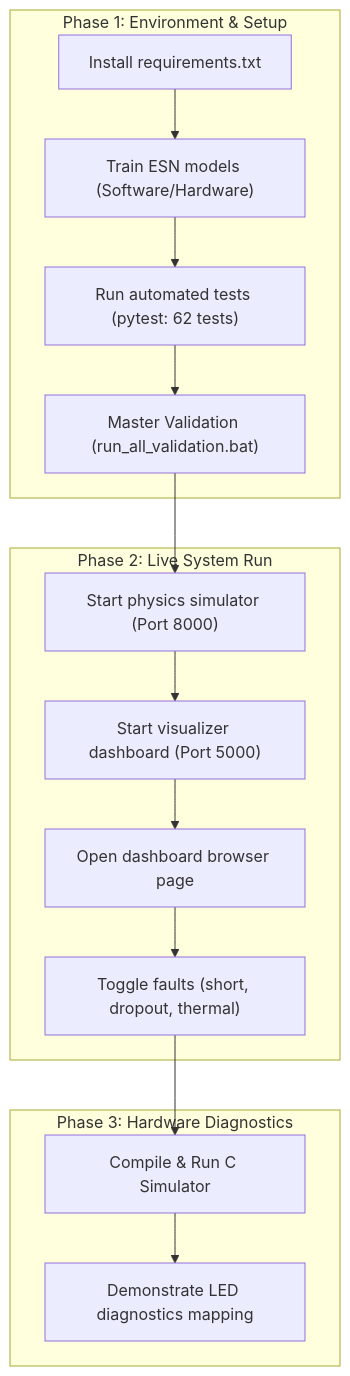
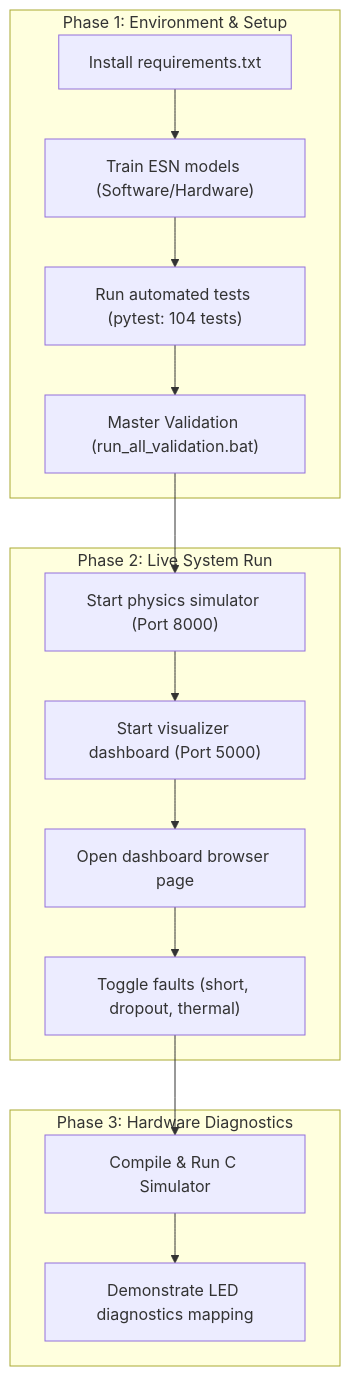
Before and after one commit to tanish-jain-225/Battery_State_Estimator_BE_Project_2026_2027: the diagram in docs/Resources/DEMO_CHECKLIST.md, drawn with Mermaid. The commit also changed other lines of this file and 58 other files, not shown here.

````diff
--- a/docs/Resources/DEMO_CHECKLIST.md
+++ b/docs/Resources/DEMO_CHECKLIST.md
@@ -15,31 +15,31 @@
 ```mermaid
 flowchart TD
     subgraph Phase 1: Environment & Setup
         Setup_1["Install requirements.txt"]
         Setup_2["Train ESN models (Software/Hardware)"]
-        Setup_3["Run automated tests (pytest: 62 tests)"]
+        Setup_3["Run automated tests (pytest: 104 tests)"]
         Setup_4["Master Validation (run_all_validation.bat)"]
         Setup_1 --> Setup_2
         Setup_2 --> Setup_3
         Setup_3 --> Setup_4
     end
 
     subgraph Phase 2: Live System Run
         Run_1["Start physics simulator (Port 8000)"]
         Run_2["Start visualizer dashboard (Port 5000)"]
         Run_3["Open dashboard browser page"]
         Run_4["Toggle faults (short, dropout, thermal)"]
         Run_1 --> Run_2
         Run_2 --> Run_3
         Run_3 --> Run_4
     end
 
     subgraph Phase 3: Hardware Diagnostics
         HW_1["Compile & Run C Simulator"]
         HW_2["Demonstrate LED diagnostics mapping"]
         HW_1 --> HW_2
     end
 
     Setup_4 --> Run_1
     Run_4 --> HW_1
 ```
````
